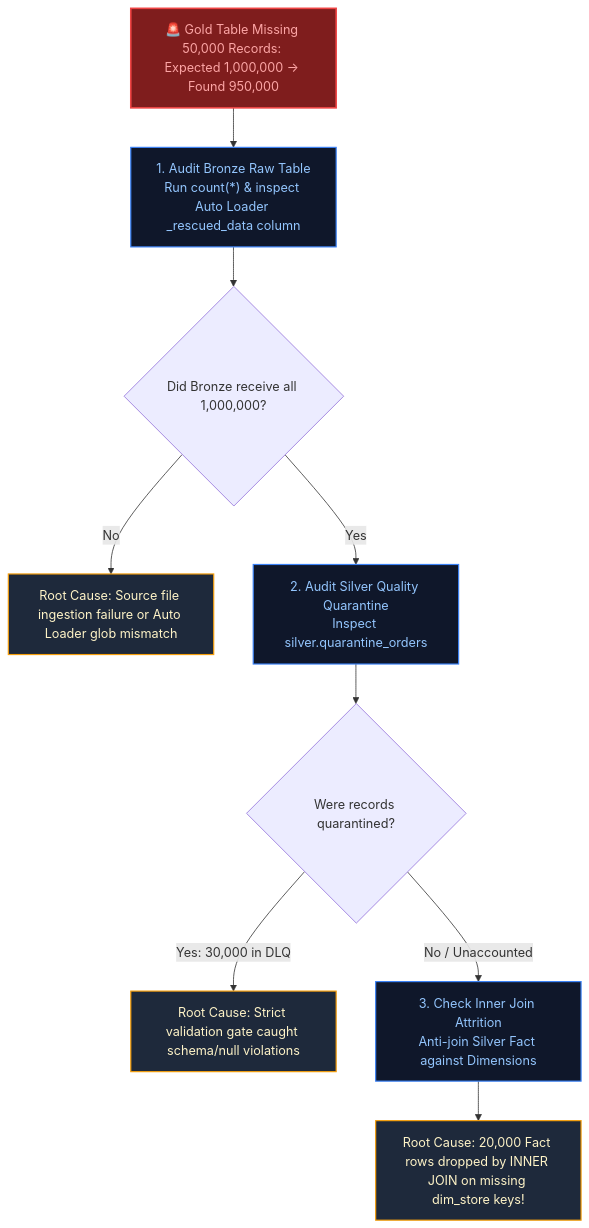
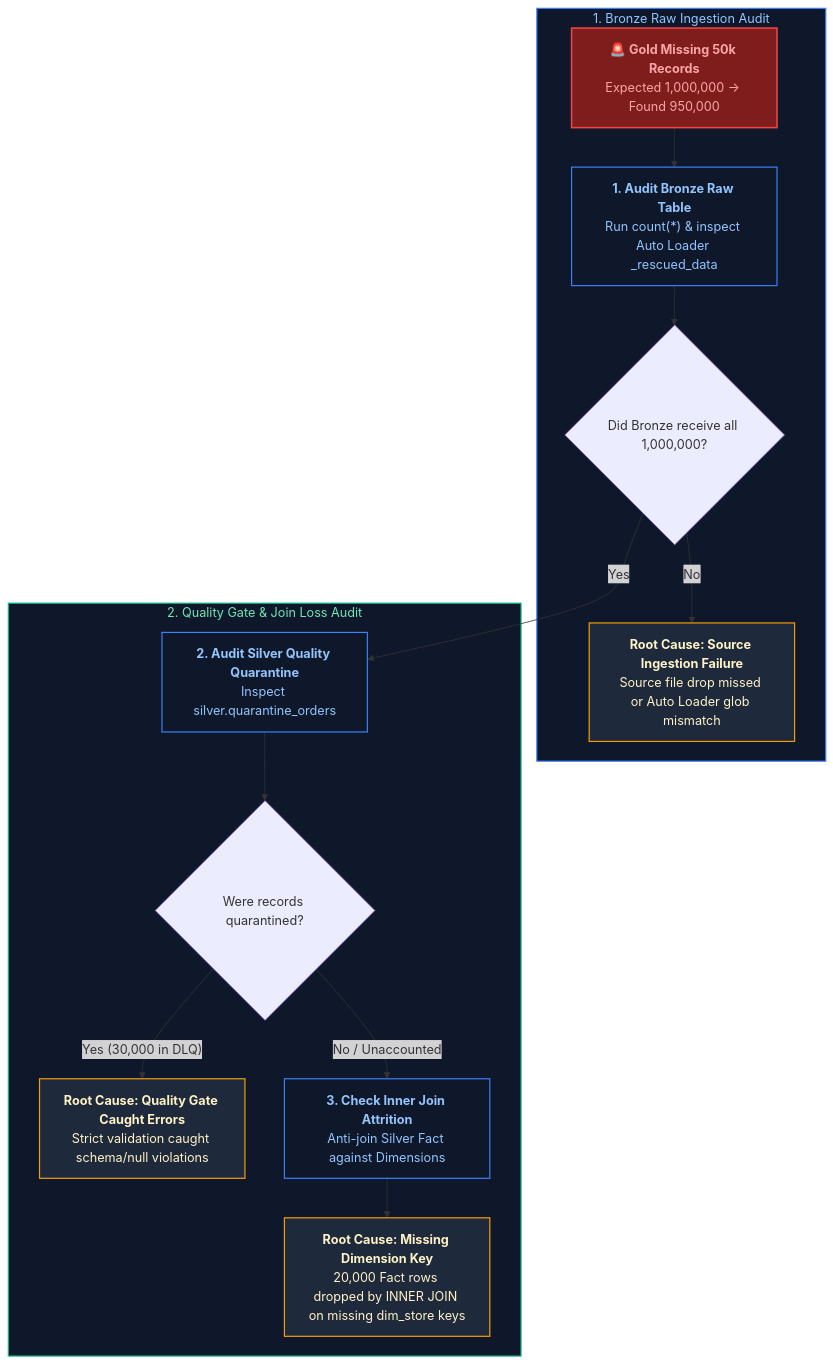
Diagram 12 of 13 in Data Engineering/frequently_asked_questions/06_databricks_and_delta_lake_faq.md (joydeep-biswas/Interview-Preparation), drawn with Mermaid before and after one commit. The commit also changed other lines of this file and 178 other files, not shown here.

````diff
--- a/Data Engineering/frequently_asked_questions/06_databricks_and_delta_lake_faq.md
+++ b/Data Engineering/frequently_asked_questions/06_databricks_and_delta_lake_faq.md
@@ -1108,21 +1120,30 @@
 ```mermaid
 flowchart TD
-    GoldAlert["🚨 Gold Table Missing 50,000 Records: Expected 1,000,000 -> Found 950,000"] --> Trace1["1. Audit Bronze Raw Table<br/>Run count(*) & inspect Auto Loader _rescued_data column"]
-    Trace1 --> CheckBronze{"Did Bronze receive all 1,000,000?"}
-    CheckBronze -- "No" --> BronzeLoss["Root Cause: Source file ingestion failure or Auto Loader glob mismatch"]
-    CheckBronze -- "Yes" --> Trace2["2. Audit Silver Quality Quarantine<br/>Inspect silver.quarantine_orders"]
+    subgraph BronzeAudit ["1. Bronze Raw Ingestion Audit"]
+        GoldAlert["🚨 <b>Gold Missing 50k Records</b><br/>Expected 1,000,000 &rarr; Found 950,000"] --> Trace1["<b>1. Audit Bronze Raw Table</b><br/>Run count(*) & inspect Auto Loader _rescued_data"]
+        Trace1 --> CheckBronze{"Did Bronze receive all 1,000,000?"}
+        BronzeLoss["<b>Root Cause: Source Ingestion Failure</b><br/>Source file drop missed or Auto Loader glob mismatch"]
+        CheckBronze -- "No" --> BronzeLoss
+    end
 
-    Trace2 --> CheckQuarantine{"Were records quarantined?"}
-    CheckQuarantine -- "Yes: 30,000 in DLQ" --> QualityLoss["Root Cause: Strict validation gate caught schema/null violations"]
-    CheckQuarantine -- "No / Unaccounted" --> Trace3["3. Check Inner Join Attrition<br/>Anti-join Silver Fact against Dimensions"]
+    subgraph SilverAndJoinAudit ["2. Quality Gate & Join Loss Audit"]
+        CheckBronze -- "Yes" --> Trace2["<b>2. Audit Silver Quality Quarantine</b><br/>Inspect silver.quarantine_orders"]
+        Trace2 --> CheckQuarantine{"Were records quarantined?"}
+        QualityLoss["<b>Root Cause: Quality Gate Caught Errors</b><br/>Strict validation caught schema/null violations"]
+        CheckQuarantine -- "Yes (30,000 in DLQ)" --> QualityLoss
 
-    Trace3 --> DimensionLoss["Root Cause: 20,000 Fact rows dropped by INNER JOIN on missing dim_store keys!"]
+        CheckQuarantine -- "No / Unaccounted" --> Trace3["<b>3. Check Inner Join Attrition</b><br/>Anti-join Silver Fact against Dimensions"]
+        DimensionLoss["<b>Root Cause: Missing Dimension Key</b><br/>20,000 Fact rows dropped by INNER JOIN on missing dim_store keys"]
+        Trace3 --> DimensionLoss
+    end
 
+    style BronzeAudit fill:#0f172a,stroke:#3b82f6,stroke-width:1.5px,color:#93c5fd
+    style SilverAndJoinAudit fill:#0f172a,stroke:#10b981,stroke-width:1.5px,color:#6ee7b7
     style GoldAlert fill:#7f1d1d,stroke:#ef4444,stroke-width:2px,color:#fca5a5
     style Trace1 fill:#0f172a,stroke:#3b82f6,stroke-width:1.5px,color:#93c5fd
     style Trace2 fill:#0f172a,stroke:#3b82f6,stroke-width:1.5px,color:#93c5fd
     style Trace3 fill:#0f172a,stroke:#3b82f6,stroke-width:1.5px,color:#93c5fd
     style BronzeLoss fill:#1e293b,stroke:#f59e0b,stroke-width:1.5px,color:#fef3c7
     style QualityLoss fill:#1e293b,stroke:#f59e0b,stroke-width:1.5px,color:#fef3c7
     style DimensionLoss fill:#1e293b,stroke:#f59e0b,stroke-width:1.5px,color:#fef3c7
 ```
````
